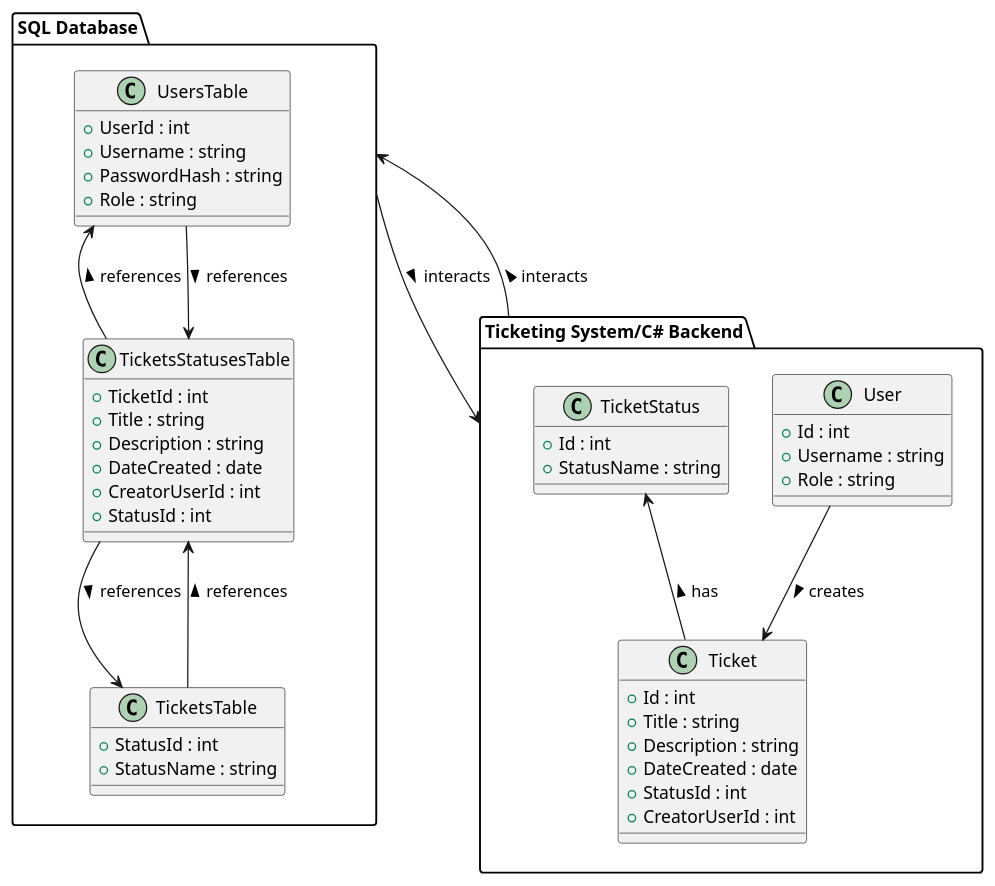
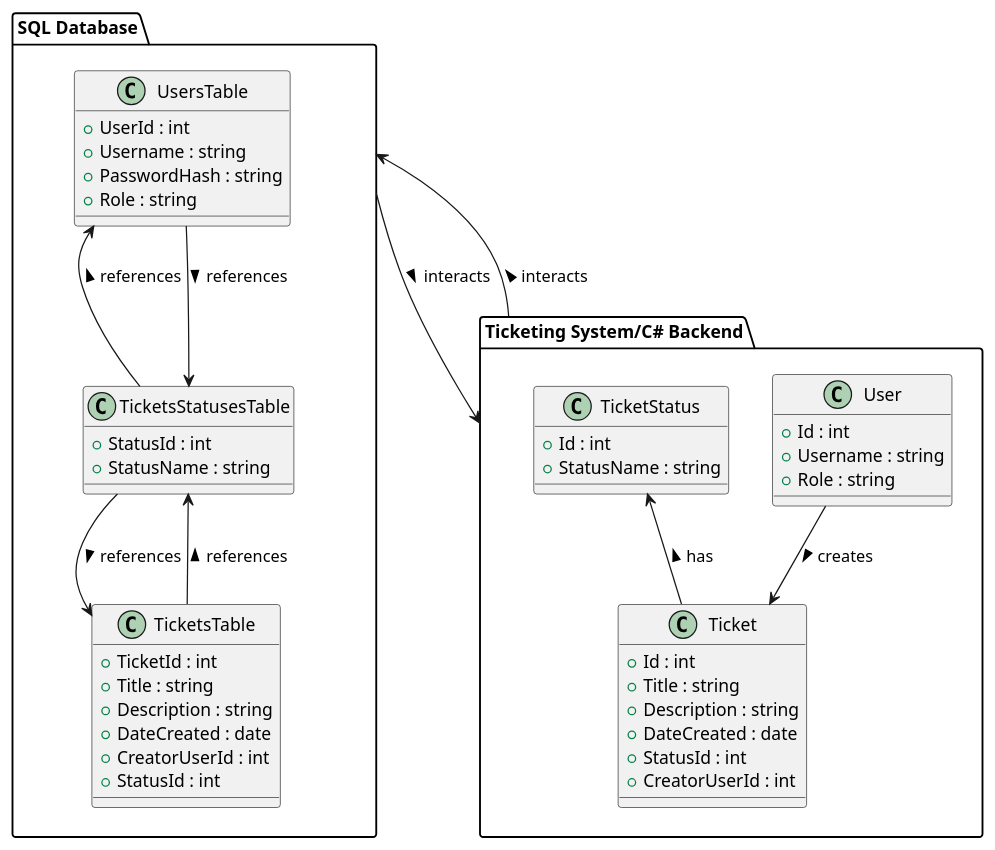
One commit to TE22C-Langell-Ludwig/Projekt-3-C- changed the diagram in graph.puml. Above: the diagram before and after it, drawn with PlantUML. The commit also changed other lines of this file and 1274 other files, not shown here.

```diff
--- a/graph.puml
+++ b/graph.puml
@@ -1,54 +1,54 @@
 @startuml
 package "SQL Database" {
     class UsersTable {
         + UserId : int
         + Username : string
         + PasswordHash : string
         + Role : string
     }
     
-    class TicketsTable {
+    class TicketsStatusesTable {
         + StatusId : int
         + StatusName : string
     }
 
-    class TicketsStatusesTable {
+    class TicketsTable {
         + TicketId : int
         + Title : string
         + Description : string
         + DateCreated : date
         + CreatorUserId : int 
         + StatusId : int
     }
 UsersTable <-- TicketsStatusesTable : references <
 UsersTable -->TicketsStatusesTable : references >
 TicketsStatusesTable --> TicketsTable : references >
 TicketsStatusesTable <-- TicketsTable : references <
 }
 package "Ticketing System/C# Backend" {
     
 class User {
     + Id : int
     + Username : string
     + Role : string
 }
 class Ticket{
     + Id : int
     + Title : string
     + Description : string
     + DateCreated : date
     + StatusId : int
     + CreatorUserId : int
 }
 class TicketStatus{
     + Id : int
     + StatusName : string
 }
 User --> Ticket : creates >
 TicketStatus <-- Ticket : has <
 }
 
 
 "SQL Database" --> "Ticketing System/C# Backend" : interacts >
 "SQL Database" <-- "Ticketing System/C# Backend" : interacts <
 @enduml
```
